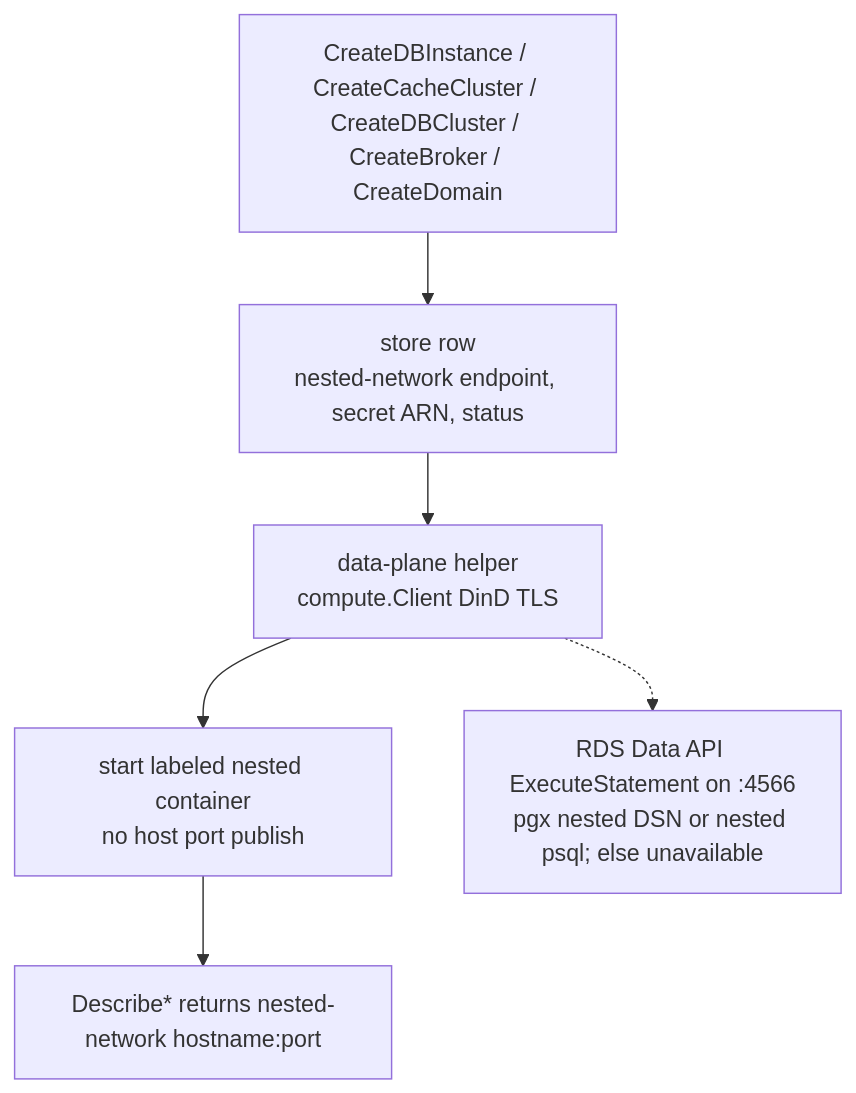
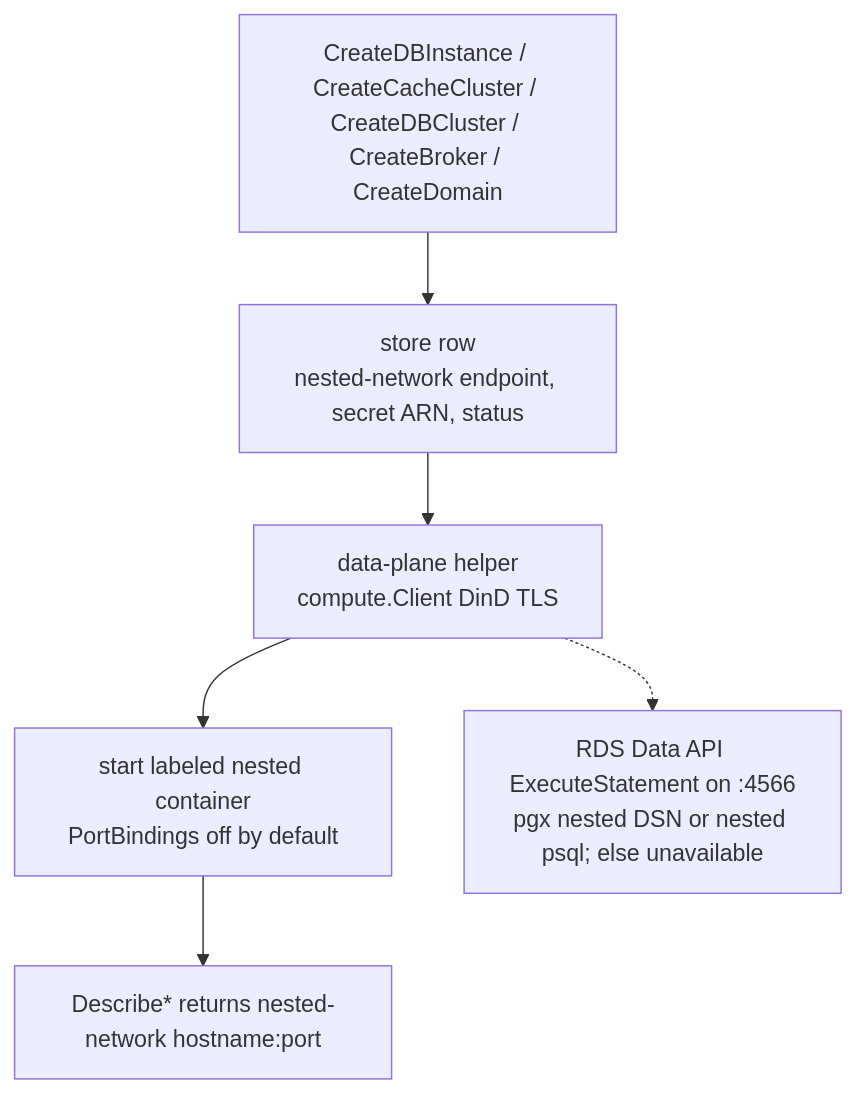
The second of 2 diagrams in docs/architecture.md (Kyaxris-Labs/Noctaxris), drawn with Mermaid before and after one commit. The commit also changed other lines of this file and 217 other files, not shown here.

````diff
--- a/docs/architecture.md
+++ b/docs/architecture.md
@@ -93,12 +93,12 @@
 ```mermaid
 flowchart TD
   Create["CreateDBInstance / CreateCacheCluster / CreateDBCluster / CreateBroker / CreateDomain"]
   Store["store row<br/>nested-network endpoint, secret ARN, status"]
   Helper["data-plane helper<br/>compute.Client DinD TLS"]
-  Start["start labeled nested container<br/>no host port publish"]
+  Start["start labeled nested container<br/>PortBindings off by default"]
   Describe["Describe* returns nested-network hostname:port"]
   DataAPI["RDS Data API ExecuteStatement on :4566<br/>pgx nested DSN or nested psql; else unavailable"]
 
   Create --> Store --> Helper --> Start --> Describe
   Helper -.-> DataAPI
 ```
````
